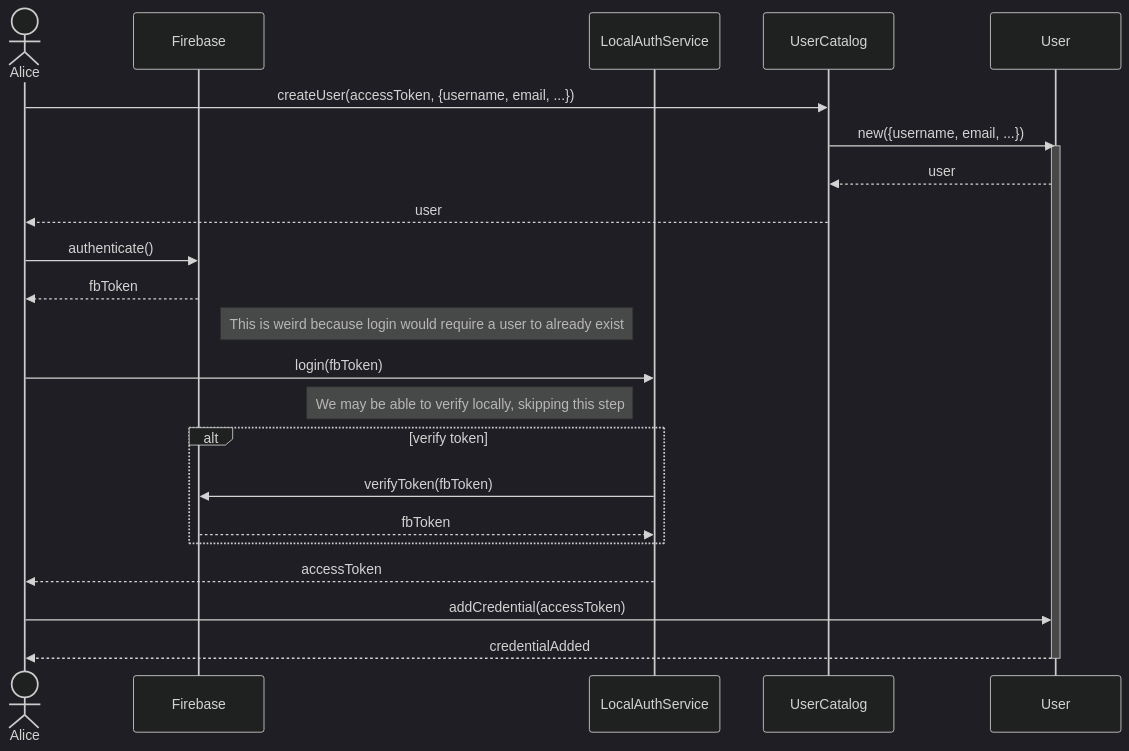
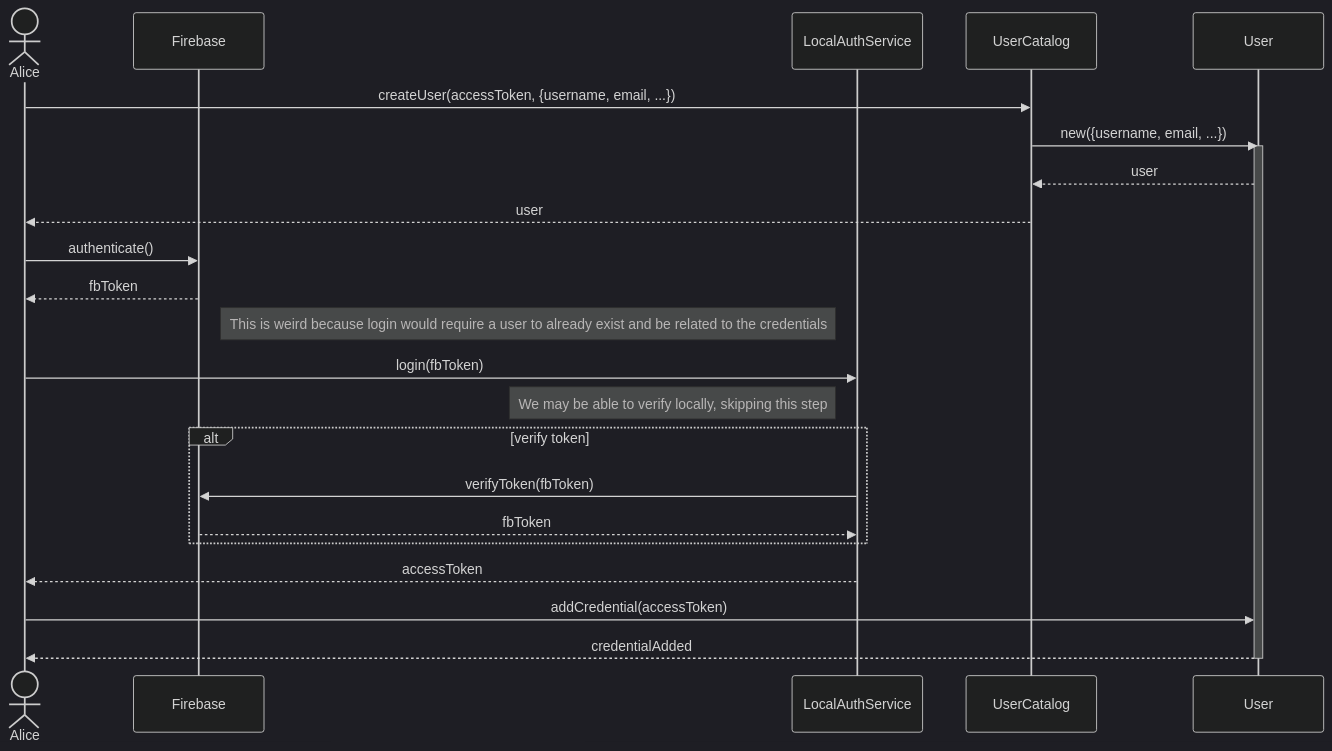
One commit to hivetown/planning changed the eighth of 33 diagrams in sequence.md. Above: the diagram before and after it, drawn with Mermaid (dark theme). The commit also changed other lines of this file, not shown here.

````diff
--- a/sequence.md
+++ b/sequence.md
@@ -157,27 +157,27 @@
 ```mermaid
 sequenceDiagram
     actor A as Alice
     participant F as Firebase
     participant Au as LocalAuthService
     participant UC as UserCatalog
     participant U as User
 
     A ->> UC: createUser(accessToken, {username, email, ...})
     UC ->> U: new({username, email, ...})
     activate U
     U -->> UC: user
     UC -->> A: user
     A ->> F: authenticate()
     F -->> A: fbToken
-    Note left of Au: This is weird because login would require a user to already exist
+    Note left of Au: This is weird because login would require a user to already exist and be related to the credentials
     A ->> Au: login(fbToken)
     Note left of Au: We may be able to verify locally, skipping this step
     alt verify token
         Au ->> F: verifyToken(fbToken)
         F -->> Au: fbToken
     end
     Au -->> A: accessToken
     A ->> U: addCredential(accessToken)
     U -->> A: credentialAdded
     deactivate U
 ```
````
